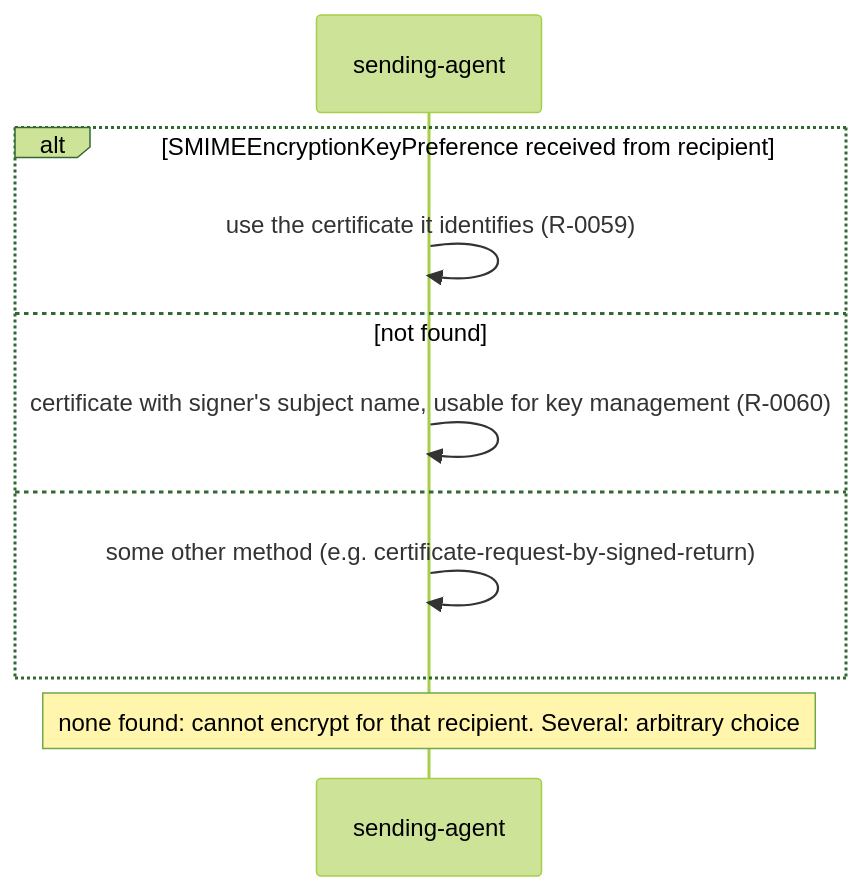
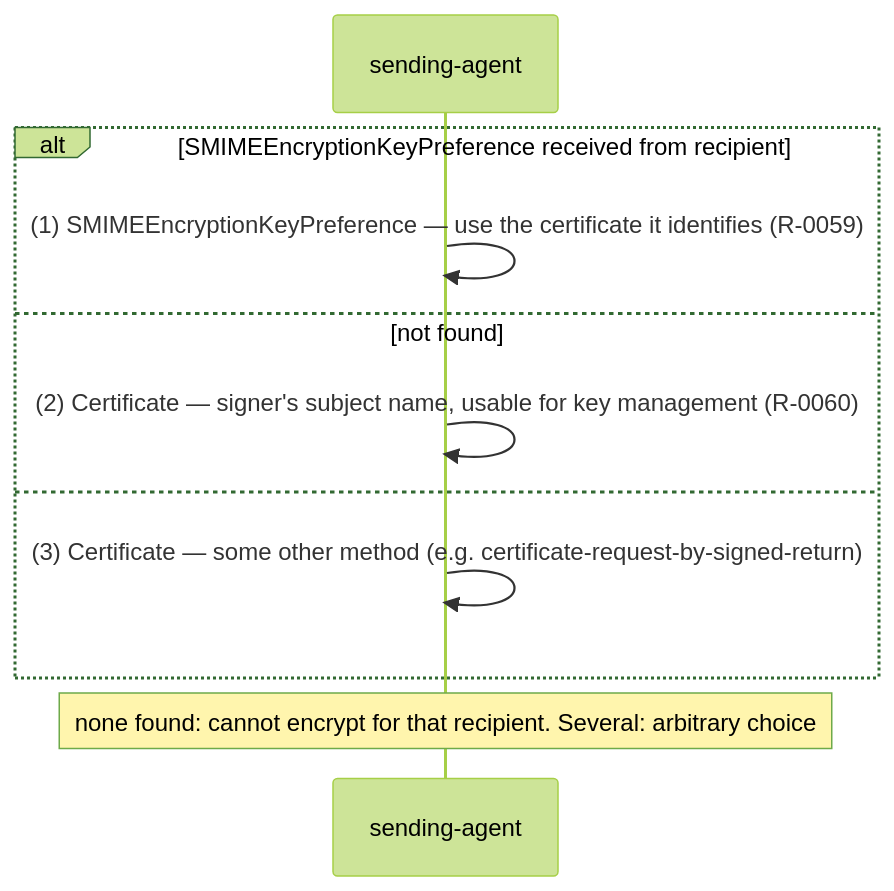
Before and after one commit to m-of-n/library: the fifth of 28 diagrams in records/ietf/rfc-8551/distilled/protocol.md, drawn with Mermaid (forest theme). The commit also changed other lines of this file and 10 other files, not shown here.

````diff
--- a/records/ietf/rfc-8551/distilled/protocol.md
+++ b/records/ietf/rfc-8551/distilled/protocol.md
@@ -136,12 +138,12 @@
 ```mermaid
 sequenceDiagram
   participant SA as sending-agent
   alt SMIMEEncryptionKeyPreference received from recipient
-    SA->>SA: use the certificate it identifies (R-0059)
+    SA->>SA: (1) SMIMEEncryptionKeyPreference — use the certificate it identifies (R-0059)
   else not found
-    SA->>SA: certificate with signer's subject name, usable for key management (R-0060)
+    SA->>SA: (2) Certificate — signer's subject name, usable for key management (R-0060)
   else
-    SA->>SA: some other method (e.g. certificate-request-by-signed-return)
+    SA->>SA: (3) Certificate — some other method (e.g. certificate-request-by-signed-return)
   end
   Note over SA: none found: cannot encrypt for that recipient. Several: arbitrary choice
 ```
````
